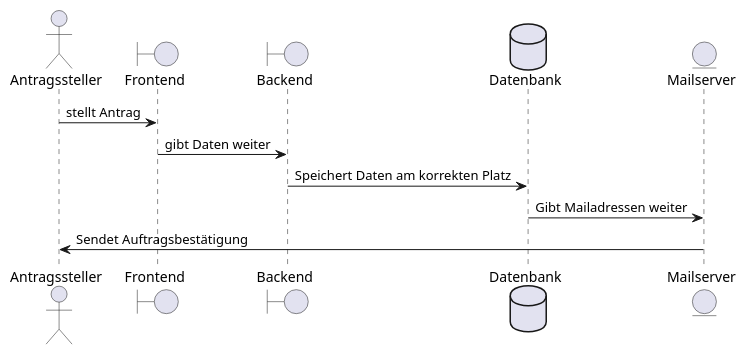
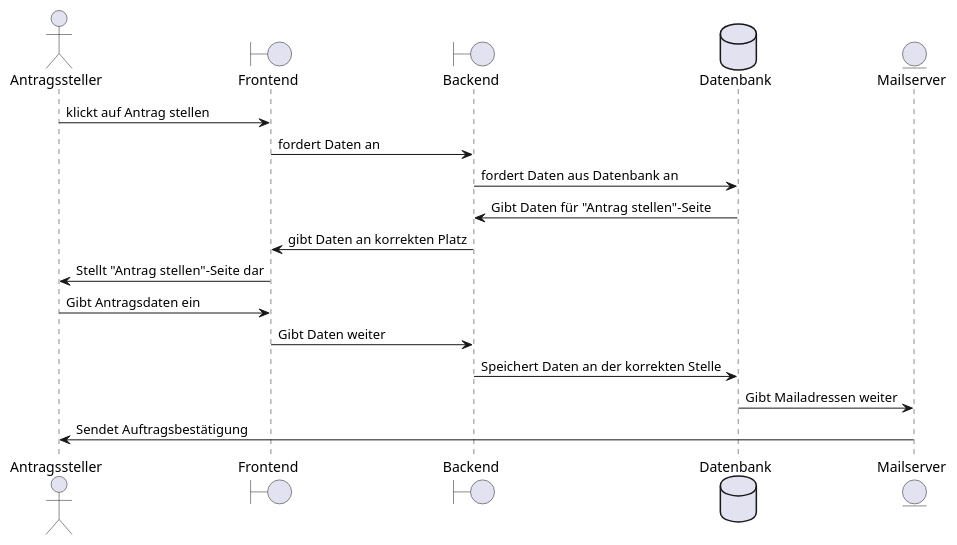
Before and after one commit to ABV-Tool/ABV_Tool: the second of 3 diagrams in docs_SE_II/Entwicklerdokumentation/Entwicklerdokumentation.adoc, drawn with PlantUML. The commit also changed other lines of this file and 10 other files, not shown here.

Commit message:
Sequenzdiagramme

```diff
--- a/docs_SE_II/Entwicklerdokumentation/Entwicklerdokumentation.adoc
+++ b/docs_SE_II/Entwicklerdokumentation/Entwicklerdokumentation.adoc
@@ -78,15 +76,21 @@
-[plantuml, "{diagramsdir}/sequenzdiagramm_antragsteller", svg]
+[plantuml, "{diagramsdir}/sequenzdiagramm_antragsteller", svg, title="Sequenz Diagramm Antrag stellen"]
 ....
 actor Antragssteller
 boundary Frontend
 boundary Backend
 database Datenbank
 entity Mailserver
 
-Antragssteller -> Frontend : stellt Antrag
-Frontend -> Backend : gibt Daten weiter
-Backend -> Datenbank : Speichert Daten am korrekten Platz
-Datenbank -> Mailserver : Gibt Mailadressen weiter
-Mailserver -> Antragssteller : Sendet Auftragsbestätigung
+Antragssteller -> Frontend  : klickt auf Antrag stellen
+Frontend -> Backend         : fordert Daten an
+Backend -> Datenbank        : fordert Daten aus Datenbank an
+Datenbank -> Backend        : Gibt Daten für "Antrag stellen"-Seite
+Backend -> Frontend         : gibt Daten an korrekten Platz
+Frontend -> Antragssteller  : Stellt "Antrag stellen"-Seite dar
+Antragssteller -> Frontend  : Gibt Antragsdaten ein
+Frontend -> Backend         : Gibt Daten weiter
+Backend -> Datenbank        : Speichert Daten an der korrekten Stelle
+Datenbank -> Mailserver     : Gibt Mailadressen weiter
+Mailserver -> Antragssteller: Sendet Auftragsbestätigung
 
 ....
```
